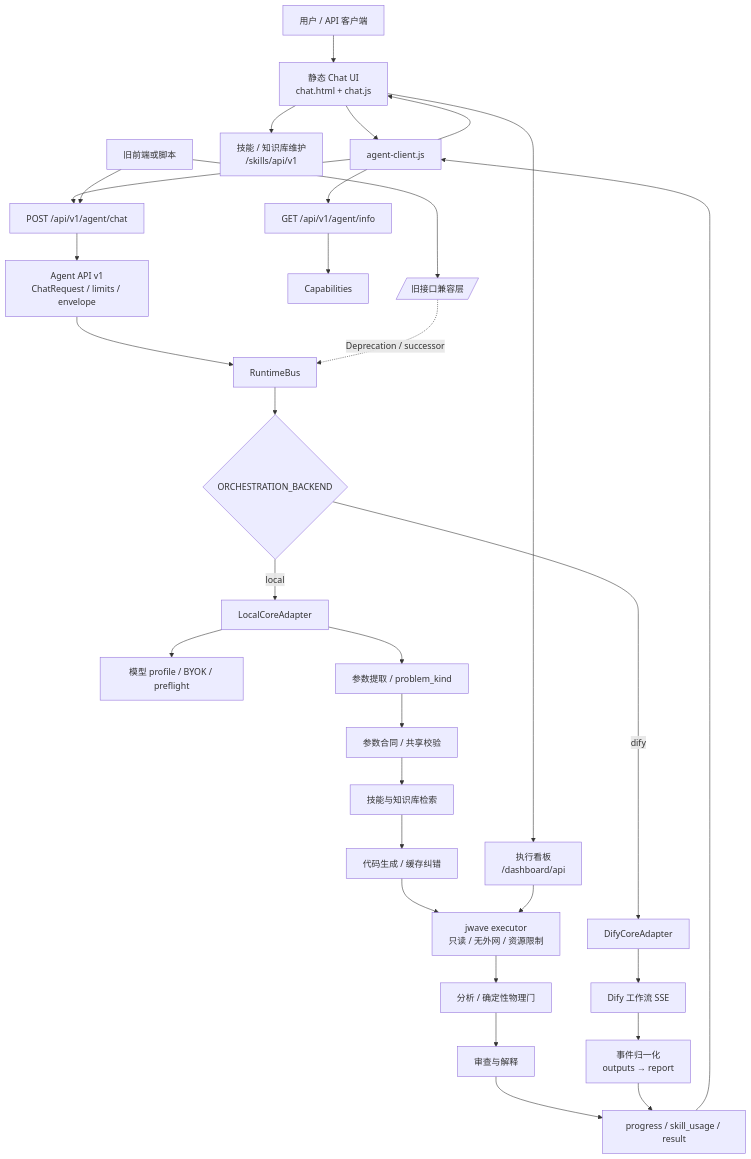
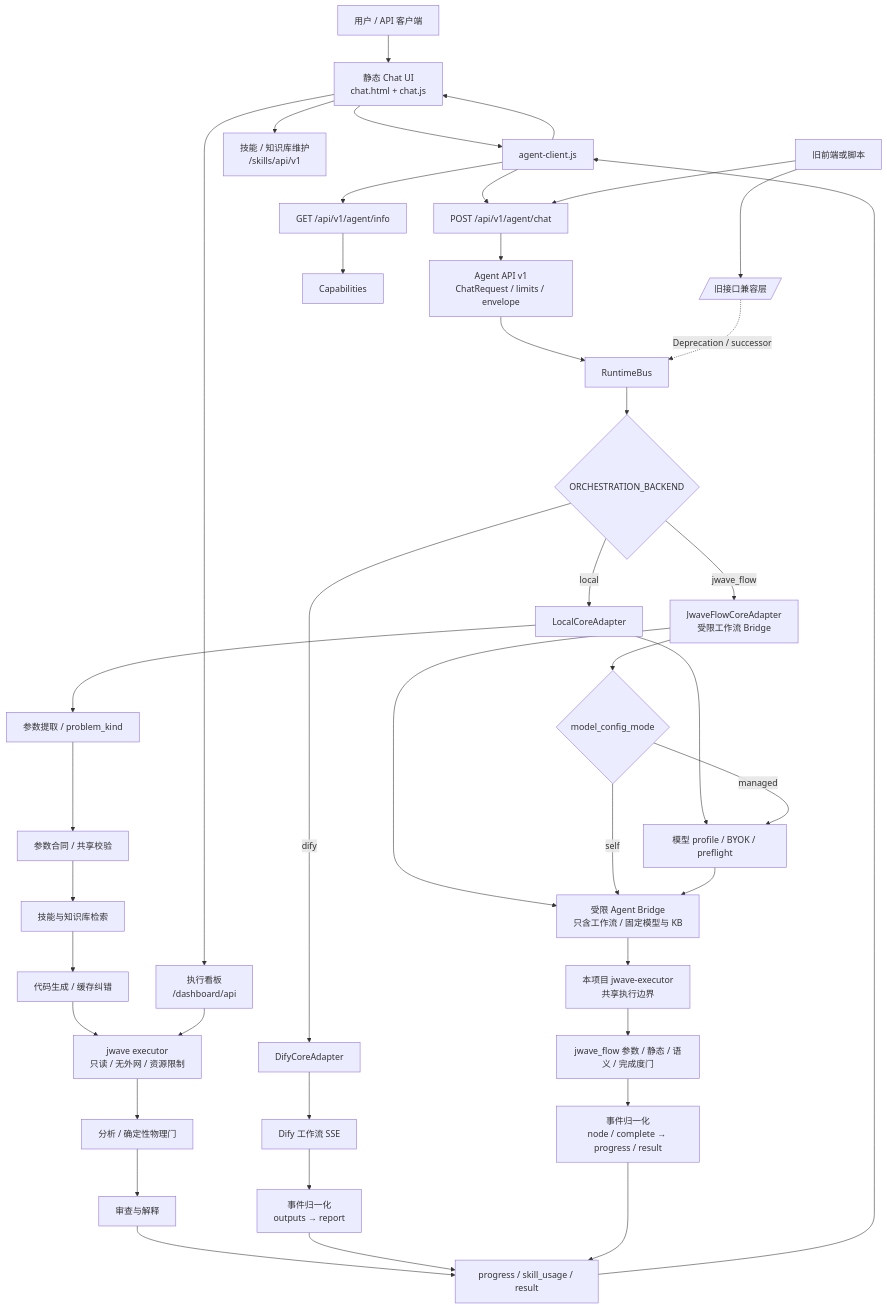
One commit to MWXrookie/AcouAgent changed the diagram in docs/diagrams/acouagent-workflow-flow.md. Above: the diagram before and after it, drawn with Mermaid. The commit also changed 95 other files, not shown here.

Commit message:
feat: 核心模型配置所有权与 jwave_flow 迁移 — 引入 MODEL_CONFIG_MODE=managed|self，local/jwave_flow 默认统一 profile/BYOK、Dify 固定自管理；jwave_flow 核心迁入 cores/ 并移除旧参考副本与跨项目构建路径，补受限 bridge、Compose overlay、前端能力降级和文档；conda 73 passed，Docker managed/self 与临时 BYOK 烟测通过；Archify/ruff 当前环境缺失未补跑

````diff
--- a/docs/diagrams/acouagent-workflow-flow.md
+++ b/docs/diagrams/acouagent-workflow-flow.md
@@ -5,33 +5,43 @@
 ```mermaid
 flowchart TD
   U[用户 / API 客户端] --> FE[静态 Chat UI<br/>chat.html + chat.js]
   FE --> AC[agent-client.js]
   AC --> INFO[GET /api/v1/agent/info]
   AC --> CHAT[POST /api/v1/agent/chat]
   CHAT --> API[Agent API v1<br/>ChatRequest / limits / envelope]
   INFO --> CAP[Capabilities]
   API --> BUS[RuntimeBus]
   BUS --> SEL{ORCHESTRATION_BACKEND}
   SEL -->|local| LOCAL[LocalCoreAdapter]
   SEL -->|dify| DIFY[DifyCoreAdapter]
+  SEL -->|jwave_flow| JWAVE[JwaveFlowCoreAdapter<br/>受限工作流 Bridge]
   LOCAL --> MODEL[模型 profile / BYOK / preflight]
   LOCAL --> EXTRACT[参数提取 / problem_kind]
   EXTRACT --> CONTRACT[参数合同 / 共享校验]
   CONTRACT --> SKILL[技能与知识库检索]
   SKILL --> GEN[代码生成 / 缓存纠错]
   GEN --> EXEC[jwave executor<br/>只读 / 无外网 / 资源限制]
   EXEC --> ANALYZE[分析 / 确定性物理门]
   ANALYZE --> REVIEW[审查与解释]
   REVIEW --> EVENTS[progress / skill_usage / result]
   DIFY --> DSTREAM[Dify 工作流 SSE]
   DSTREAM --> NORMALIZE[事件归一化<br/>outputs → report]
   NORMALIZE --> EVENTS
+  JWAVE --> JSTREAM[受限 Agent Bridge<br/>只含工作流 / 固定模型与 KB]
+  JWAVE --> JMODE{model_config_mode}
+  JMODE -->|managed| MODEL
+  JMODE -->|self| JSTREAM
+  MODEL --> JSTREAM
+  JSTREAM --> JEXEC[本项目 jwave-executor<br/>共享执行边界]
+  JEXEC --> JGATE[jwave_flow 参数 / 静态 / 语义 / 完成度门]
+  JGATE --> JNORMALIZE[事件归一化<br/>node / complete → progress / result]
+  JNORMALIZE --> EVENTS
   EVENTS --> AC
   AC --> FE
   FE --> SIDE[技能 / 知识库维护<br/>/skills/api/v1]
   FE --> DASH[执行看板<br/>/dashboard/api]
   DASH --> EXEC
   LEGACY[/旧接口兼容层/] -. Deprecation / successor .-> BUS
   OLDCLIENT[旧前端或脚本] --> LEGACY
   OLDCLIENT --> CHAT
 ```
````
